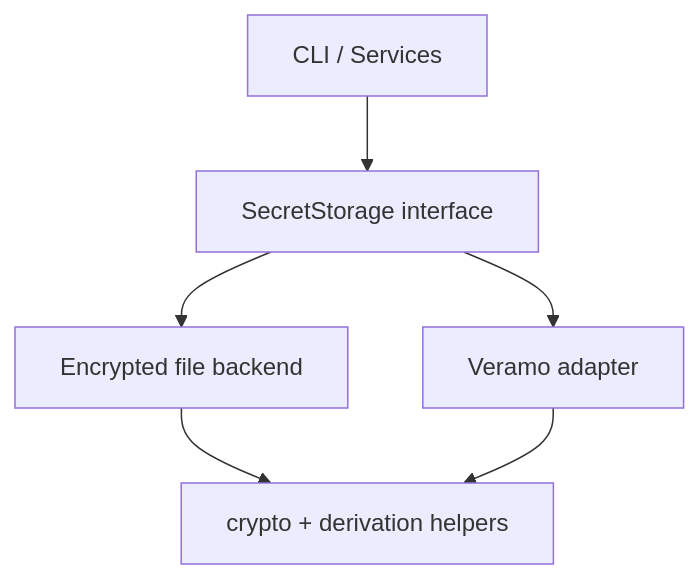
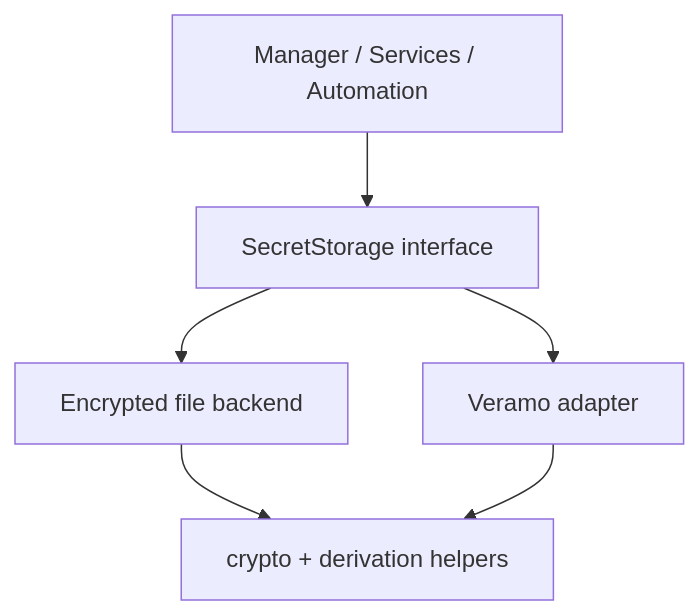
Before and after one commit to midnightntwrk/midnight-did: the first of 3 diagrams in secret-storage/README.md, drawn with Mermaid. The commit also changed other lines of this file and 70 other files, not shown here.

````diff
--- a/secret-storage/README.md
+++ b/secret-storage/README.md
@@ -70,14 +70,14 @@
 ```mermaid
 graph TD
-  CLI[CLI / Services]
+  Applications[Manager / Services / Automation]
   API[SecretStorage interface]
   FileStore[Encrypted file backend]
   Veramo[Veramo adapter]
   Crypto[crypto + derivation helpers]
 
-  CLI --> API
+  Applications --> API
   API --> FileStore
   API --> Veramo
   FileStore --> Crypto
   Veramo --> Crypto
 ```
````
